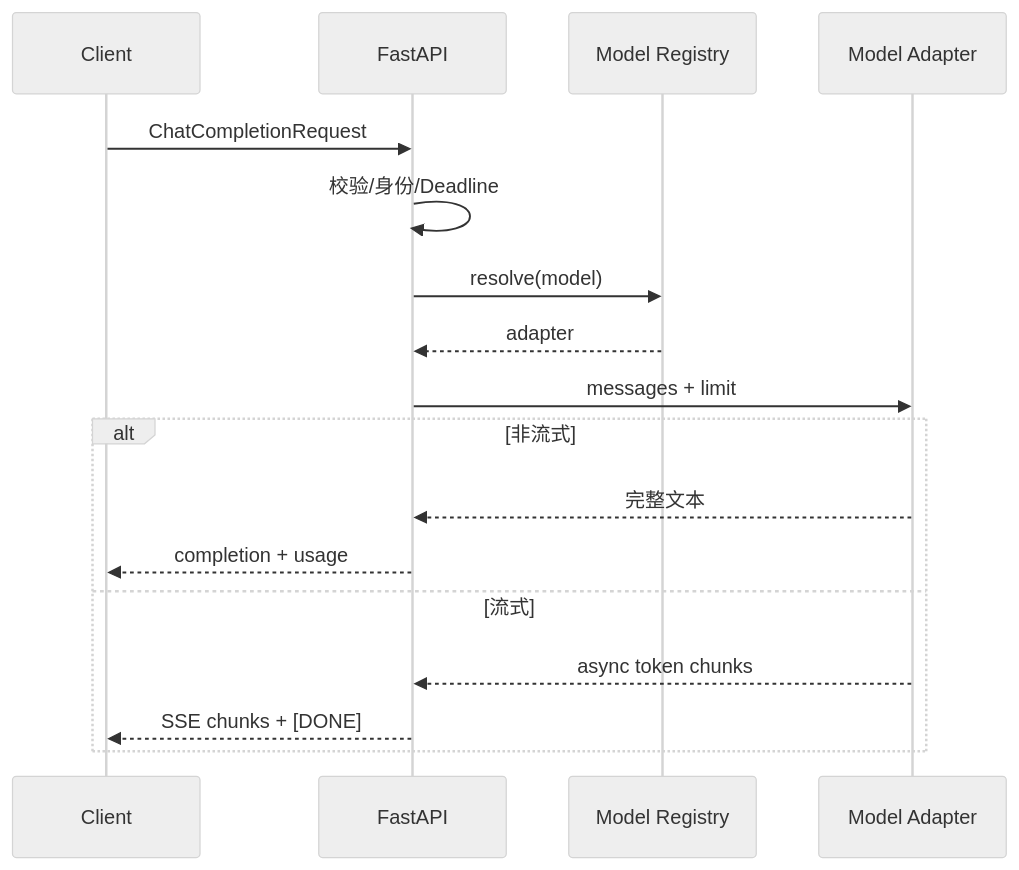
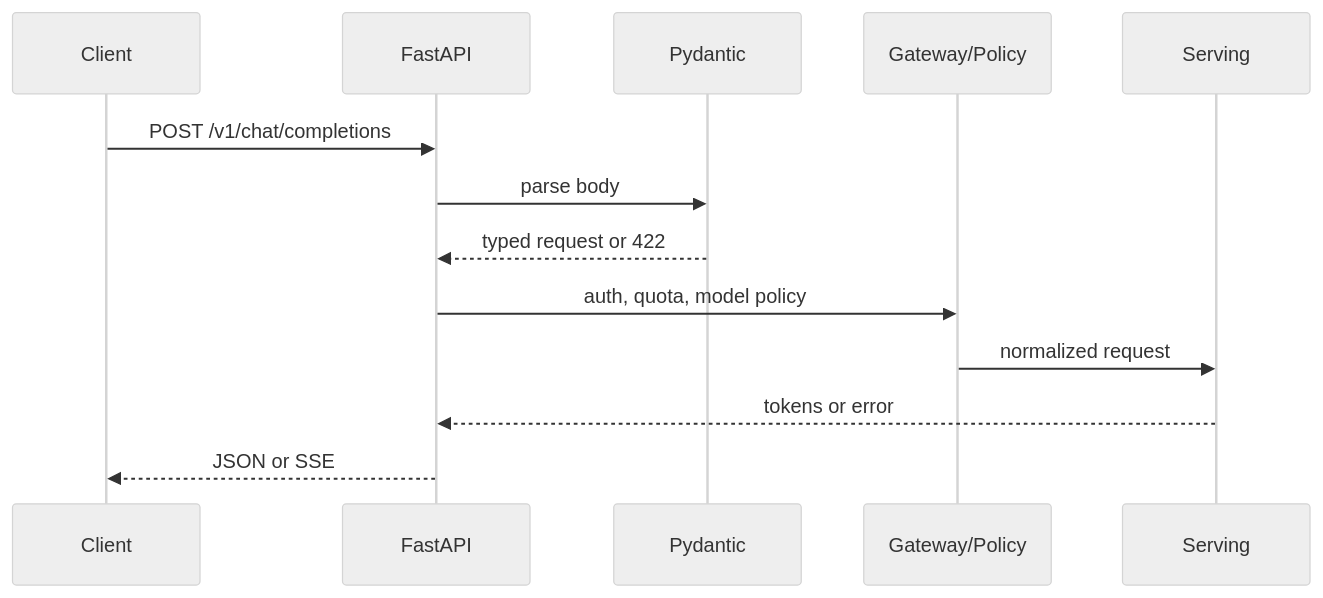
Before and after one commit to upJiang/jiang-blog-vitepress: the diagram in docs/devops/fastapi-openai-compatible-service.md, drawn with Mermaid (neutral theme). The commit also changed other lines of this file and 190 other files, not shown here.

````diff
--- a/docs/devops/fastapi-openai-compatible-service.md
+++ b/docs/devops/fastapi-openai-compatible-service.md
@@ -46,19 +31,15 @@
 ```mermaid
 sequenceDiagram
   participant C as Client
   participant F as FastAPI
-  participant R as Model Registry
-  participant M as Model Adapter
-  C->>F: ChatCompletionRequest
-  F->>F: 校验/身份/Deadline
-  F->>R: resolve(model)
-  R-->>F: adapter
-  F->>M: messages + limit
-  alt 非流式
-    M-->>F: 完整文本
-    F-->>C: completion + usage
-  else 流式
-    M-->>F: async token chunks
-    F-->>C: SSE chunks + [DONE]
-  end
+  participant P as Pydantic
+  participant G as Gateway/Policy
+  participant S as Serving
+  C->>F: POST /v1/chat/completions
+  F->>P: parse body
+  P-->>F: typed request or 422
+  F->>G: auth, quota, model policy
+  G->>S: normalized request
+  S-->>F: tokens or error
+  F-->>C: JSON or SSE
 ```
````
